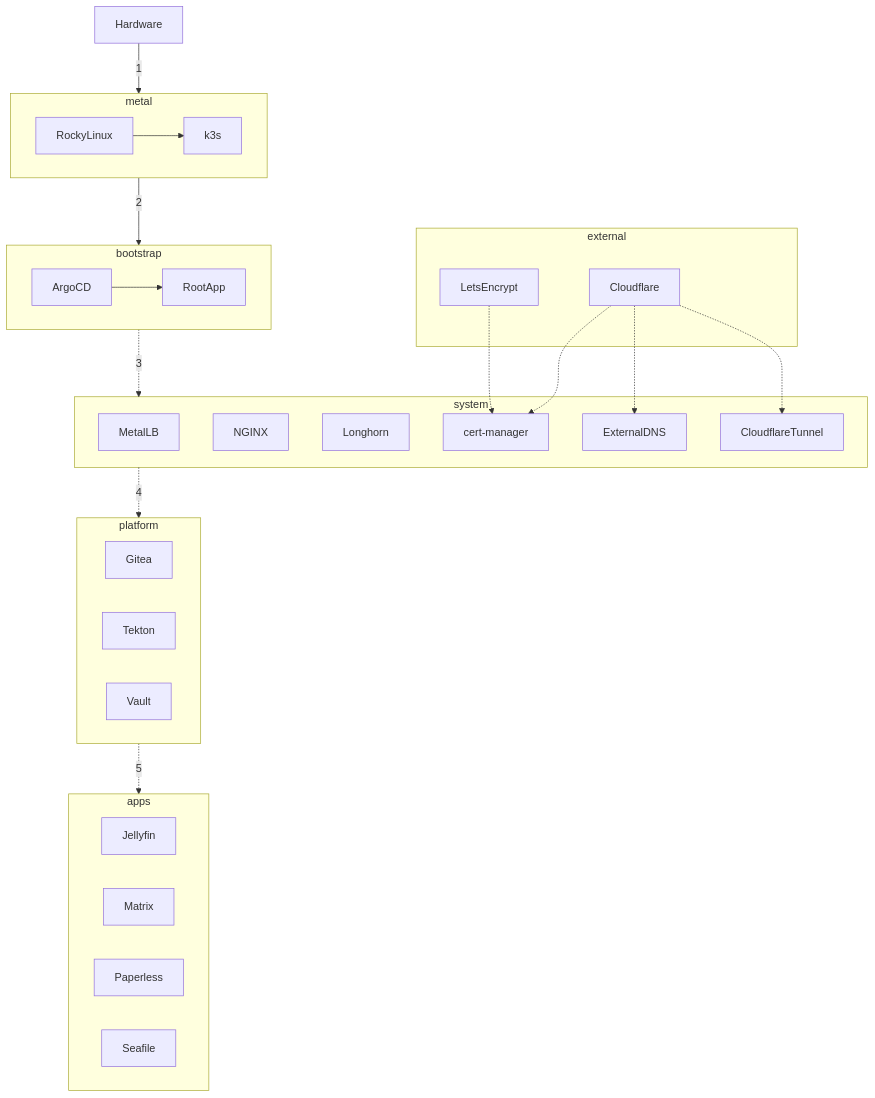
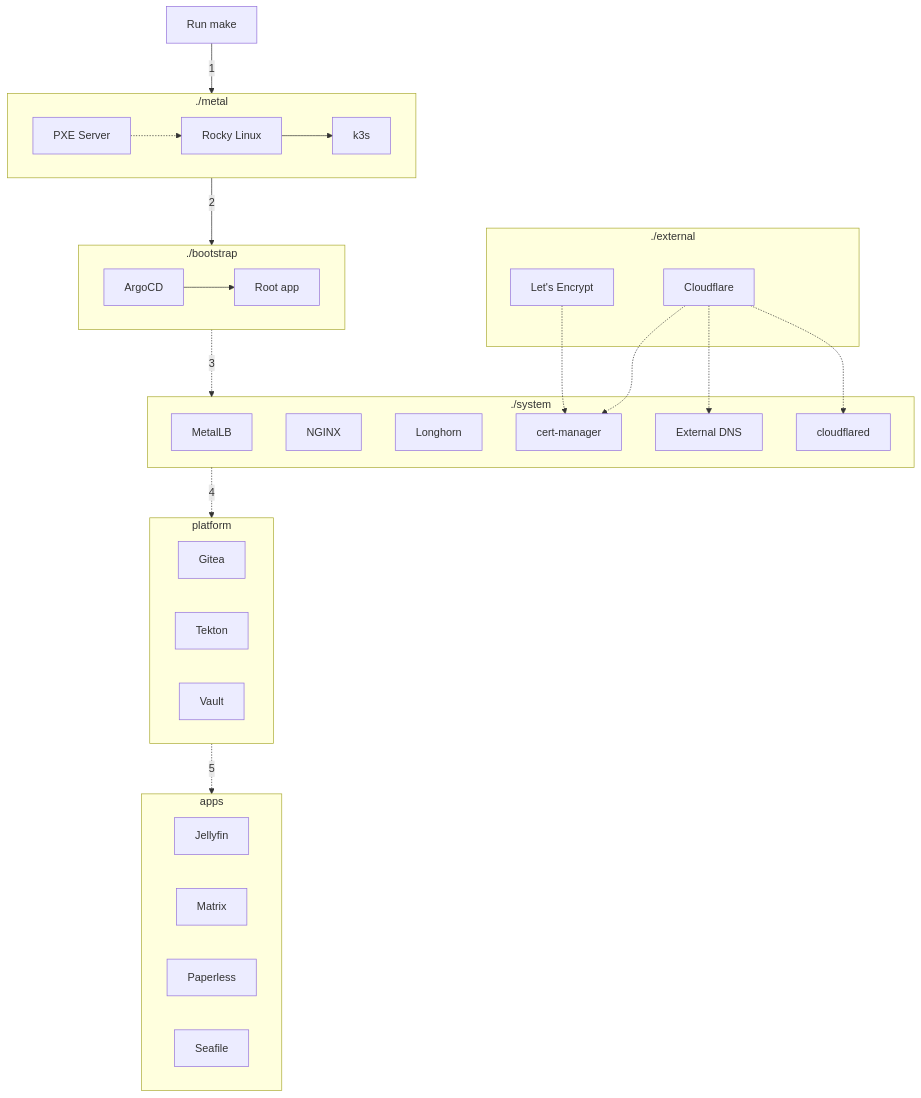
Before and after one commit to khuedoan/homelab: the diagram in docs/src/deployment/provisioning-flow.md, drawn with Mermaid.

Commit message:
docs: update Mermaid syntax style

````diff
--- a/docs/src/deployment/provisioning-flow.md
+++ b/docs/src/deployment/provisioning-flow.md
@@ -21,44 +21,44 @@
 ```mermaid
 flowchart TD
-  subgraph metal
-    RockyLinux --> k3s
+  subgraph metal[./metal]
+    pxe[PXE Server] -.-> linux[Rocky Linux] --> k3s
   end
 
-  subgraph bootstrap
-    ArgoCD --> RootApp
+  subgraph bootstrap[./bootstrap]
+    argocd[ArgoCD] --> rootapp[Root app]
   end
 
-  subgraph system
-    MetalLB
-    NGINX
-    Longhorn
+  subgraph system[./system]
+    metallb[MetalLB]
+    nginx[NGINX]
+    longhorn[Longhorn]
     cert-manager
-    ExternalDNS
-    CloudflareTunnel
+    external-dns[External DNS]
+    cloudflared
   end
 
-  subgraph external
-    LetsEncrypt
-    Cloudflare
+  subgraph external[./external]
+    letsencrypt[Let's Encrypt]
+    cloudflare[Cloudflare]
   end
 
-  LetsEncrypt -.-> cert-manager
-  Cloudflare -.-> cert-manager
-  Cloudflare -.-> ExternalDNS
-  Cloudflare -.-> CloudflareTunnel
+  letsencrypt -.-> cert-manager
+  cloudflare -.-> cert-manager
+  cloudflare -.-> external-dns
+  cloudflare -.-> cloudflared
 
   subgraph platform
-    Gitea
-    Tekton
-    Vault
+    gitea[Gitea]
+    tekton[Tekton]
+    vault[Vault]
   end
 
   subgraph apps
-    Jellyfin
-    Matrix
-    Paperless
-    Seafile
+    jellyfin[Jellyfin]
+    matrix[Matrix]
+    paperless[Paperless]
+    seafile[Seafile]
   end
 
-  Hardware -- 1 --> metal -- 2 --> bootstrap -. 3 .-> system -. 4 .-> platform -. 5 .-> apps
+  make[Run make] -- 1 --> metal -- 2 --> bootstrap -. 3 .-> system -. 4 .-> platform -. 5 .-> apps
 ```
````
